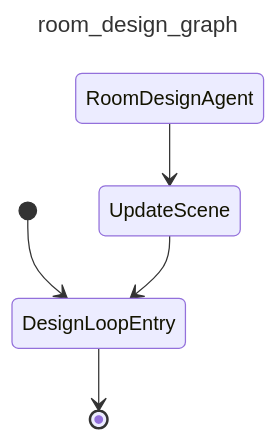
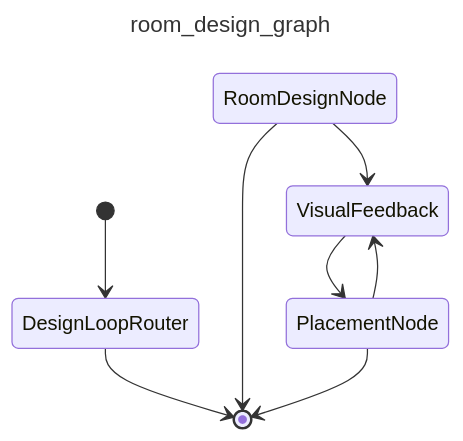
Before and after one commit to SceneBuilder/SceneBuilder: the diagram in assets/room_design_graph.md, drawn with Mermaid. The commit also changed 23 other files, not shown here.

Commit message:
Refactored `*Agent`s → `*Node`s. Modularized out into files.

````diff
--- a/assets/room_design_graph.md
+++ b/assets/room_design_graph.md
@@ -1,10 +1,13 @@
 ```mermaid
 ---
 title: room_design_graph
 ---
 stateDiagram-v2
-  [*] --> DesignLoopEntry
-  DesignLoopEntry --> [*]
-  RoomDesignAgent --> UpdateScene
-  UpdateScene --> DesignLoopEntry
+  [*] --> DesignLoopRouter
+  DesignLoopRouter --> [*]
+  RoomDesignNode --> VisualFeedback
+  RoomDesignNode --> [*]
+  VisualFeedback --> PlacementNode
+  PlacementNode --> VisualFeedback
+  PlacementNode --> [*]
 ```
````
